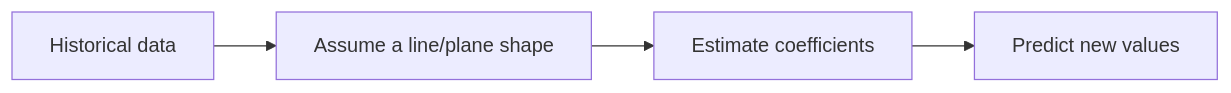
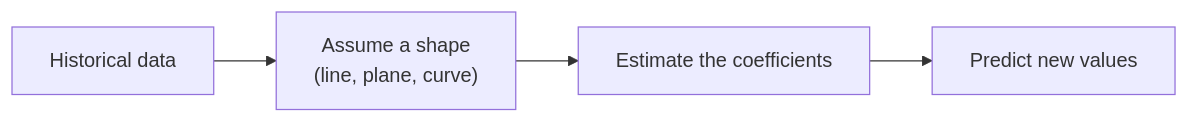
Before and after one commit to mhd-riaz/data-scientist-roadmap: the fourth of 10 diagrams in semester-1/05-supervised-ml-regression/notes/02-linear-regression.md, drawn with Mermaid. The commit also changed other lines of this file and 5 other files, not shown here.

````diff
--- a/semester-1/05-supervised-ml-regression/notes/02-linear-regression.md
+++ b/semester-1/05-supervised-ml-regression/notes/02-linear-regression.md
@@ -94,4 +206,4 @@
 ```mermaid
 flowchart LR
-    D[Historical data] --> S[Assume a line/plane shape] --> F[Estimate coefficients] --> P[Predict new values]
+    D[Historical data] --> S["Assume a shape<br/>(line, plane, curve)"] --> F[Estimate the coefficients] --> P[Predict new values]
 ```
````
